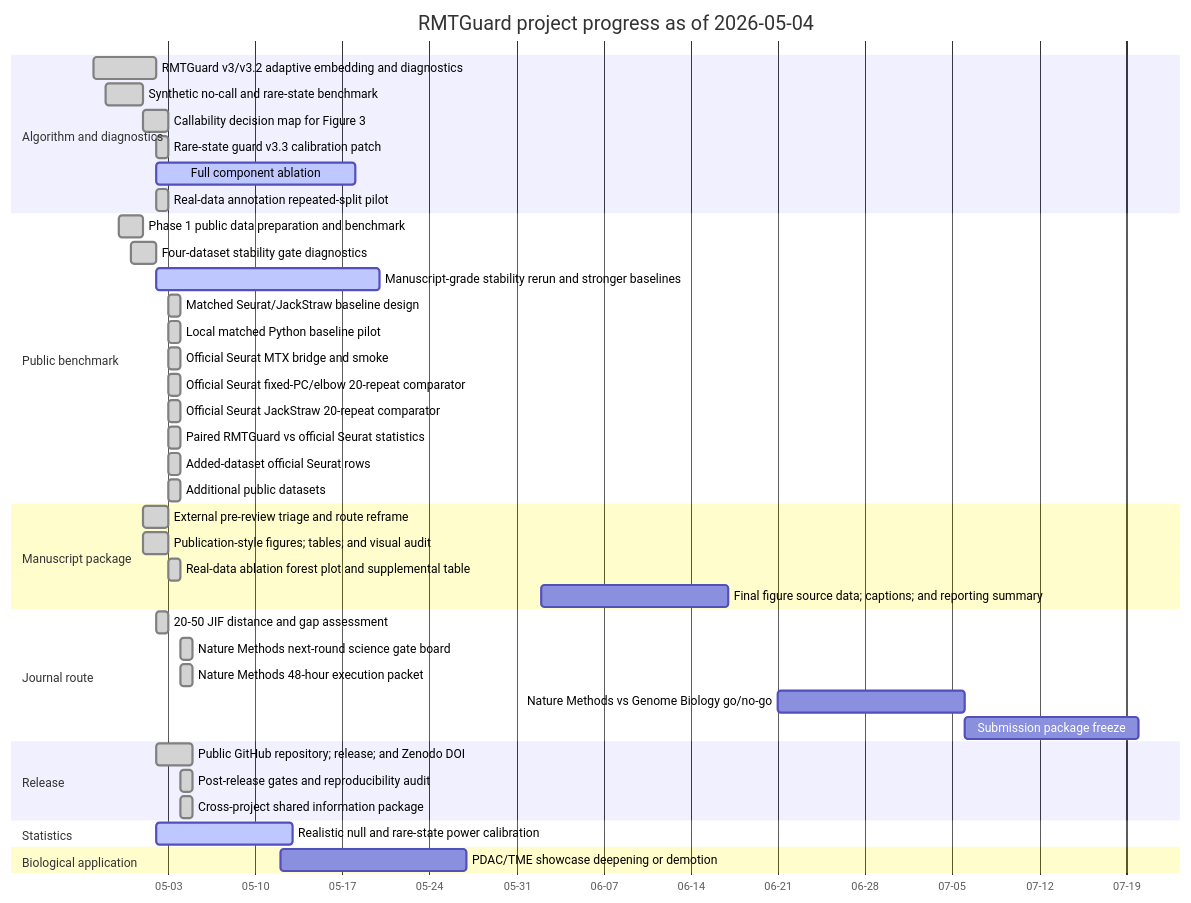
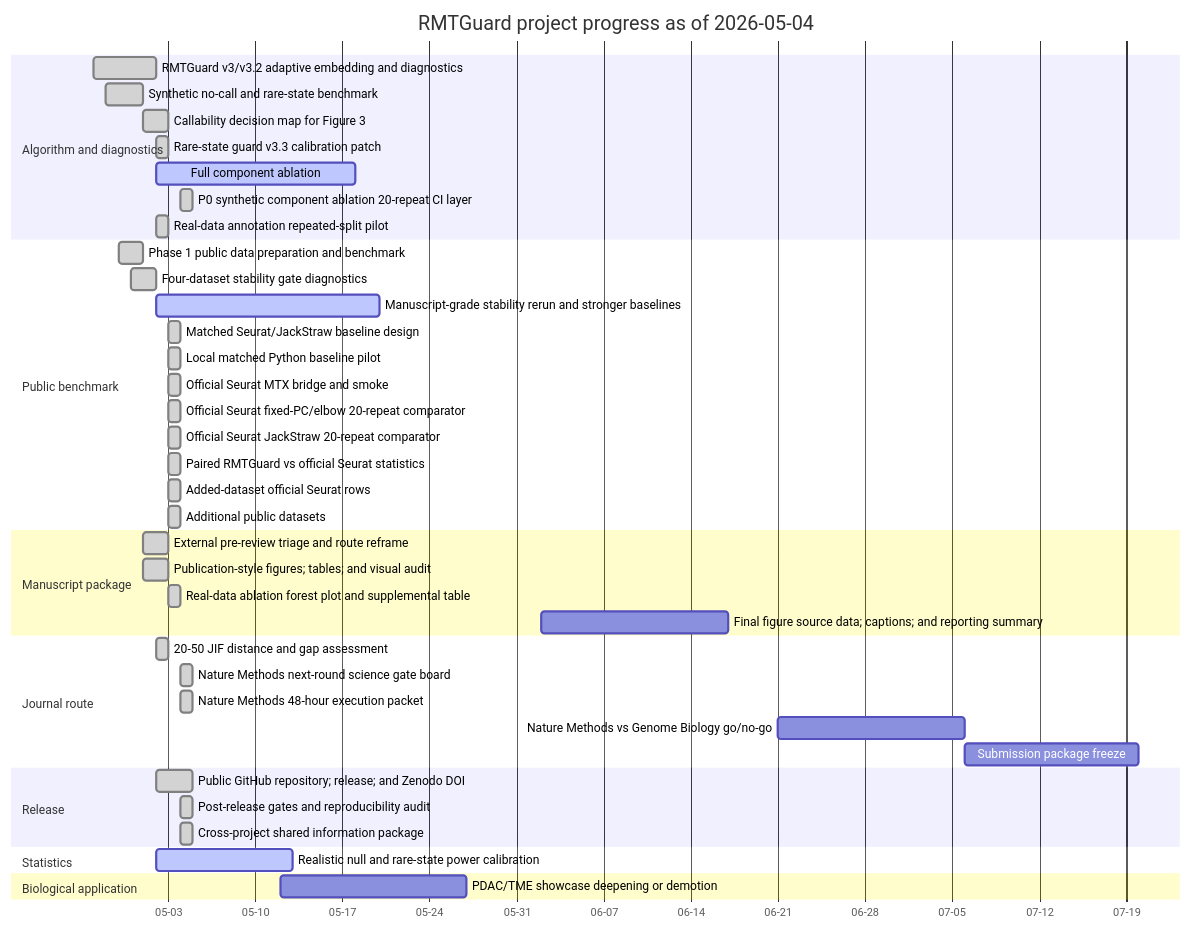
The diagram in results/project_management/rmtguard_project_gantt.md (healthgreat/rmtguard), drawn with Mermaid before and after one commit. The commit also changed other lines of this file and 23 other files, not shown here.

Commit message:
Add P0 component ablation sprint status

````diff
--- a/results/project_management/rmtguard_project_gantt.md
+++ b/results/project_management/rmtguard_project_gantt.md
@@ -13,44 +13,45 @@
 ```mermaid
 gantt
     title RMTGuard project progress as of 2026-05-04
     dateFormat  YYYY-MM-DD
     axisFormat  %m-%d
     section Algorithm and diagnostics
     RMTGuard v3/v3.2 adaptive embedding and diagnostics :done, T01, 2026-04-27, 5d
     Synthetic no-call and rare-state benchmark :done, T02, 2026-04-28, 3d
     Callability decision map for Figure 3 :done, T03, 2026-05-01, 2d
     Rare-state guard v3.3 calibration patch :done, T04, 2026-05-02, 1d
     Full component ablation :active, T15, 2026-05-02, 16d
-    Real-data annotation repeated-split pilot :done, T16, 2026-05-02, 1d
+    P0 synthetic component ablation 20-repeat CI layer :done, T16, 2026-05-04, 1d
+    Real-data annotation repeated-split pilot :done, T17, 2026-05-02, 1d
     section Public benchmark
     Phase 1 public data preparation and benchmark :done, T05, 2026-04-29, 2d
     Four-dataset stability gate diagnostics :done, T06, 2026-04-30, 2d
     Manuscript-grade stability rerun and stronger baselines :active, T14, 2026-05-02, 18d
-    Matched Seurat/JackStraw baseline design :done, T18, 2026-05-03, 1d
-    Local matched Python baseline pilot :done, T19, 2026-05-03, 1d
-    Official Seurat MTX bridge and smoke :done, T20, 2026-05-03, 1d
-    Official Seurat fixed-PC/elbow 20-repeat comparator :done, T21, 2026-05-03, 1d
-    Official Seurat JackStraw 20-repeat comparator :done, T22, 2026-05-03, 1d
-    Paired RMTGuard vs official Seurat statistics :done, T23, 2026-05-03, 1d
-    Added-dataset official Seurat rows :done, T24, 2026-05-03, 1d
-    Additional public datasets :done, T26, 2026-05-03, 1d
+    Matched Seurat/JackStraw baseline design :done, T19, 2026-05-03, 1d
+    Local matched Python baseline pilot :done, T20, 2026-05-03, 1d
+    Official Seurat MTX bridge and smoke :done, T21, 2026-05-03, 1d
+    Official Seurat fixed-PC/elbow 20-repeat comparator :done, T22, 2026-05-03, 1d
+    Official Seurat JackStraw 20-repeat comparator :done, T23, 2026-05-03, 1d
+    Paired RMTGuard vs official Seurat statistics :done, T24, 2026-05-03, 1d
+    Added-dataset official Seurat rows :done, T25, 2026-05-03, 1d
+    Additional public datasets :done, T27, 2026-05-03, 1d
     section Manuscript package
     External pre-review triage and route reframe :done, T07, 2026-05-01, 2d
     Publication-style figures; tables; and visual audit :done, T08, 2026-05-01, 2d
-    Real-data ablation forest plot and supplemental table :done, T17, 2026-05-03, 1d
-    Final figure source data; captions; and reporting summary :T27, 2026-06-02, 15d
+    Real-data ablation forest plot and supplemental table :done, T18, 2026-05-03, 1d
+    Final figure source data; captions; and reporting summary :T28, 2026-06-02, 15d
     section Journal route
     20-50 JIF distance and gap assessment :done, T09, 2026-05-02, 1d
     Nature Methods next-round science gate board :done, T10, 2026-05-04, 1d
     Nature Methods 48-hour execution packet :done, T11, 2026-05-04, 1d
-    Nature Methods vs Genome Biology go/no-go :T30, 2026-06-21, 15d
-    Submission package freeze :T31, 2026-07-06, 14d
+    Nature Methods vs Genome Biology go/no-go :T31, 2026-06-21, 15d
+    Submission package freeze :T32, 2026-07-06, 14d
     section Release
     Public GitHub repository; release; and Zenodo DOI :done, T12, 2026-05-02, 3d
-    Post-release gates and reproducibility audit :done, T28, 2026-05-04, 1d
-    Cross-project shared information package :done, T29, 2026-05-04, 1d
+    Post-release gates and reproducibility audit :done, T29, 2026-05-04, 1d
+    Cross-project shared information package :done, T30, 2026-05-04, 1d
     section Statistics
     Realistic null and rare-state power calibration :active, T13, 2026-05-02, 11d
     section Biological application
-    PDAC/TME showcase deepening or demotion :T25, 2026-05-12, 15d
+    PDAC/TME showcase deepening or demotion :T26, 2026-05-12, 15d
 ```
````
